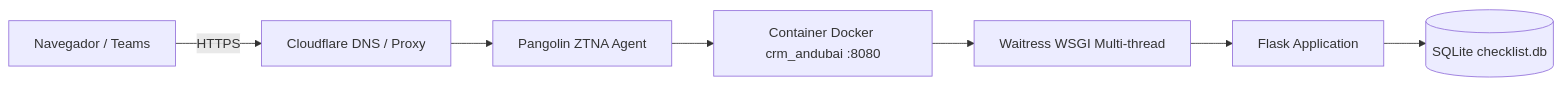
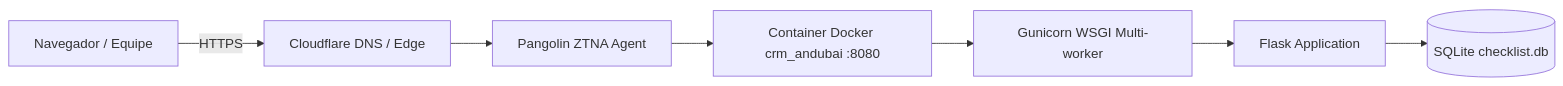
Before and after one commit to buhlerr/crm_andubai: the diagram in ESTRUTURA.md, drawn with Mermaid. The commit also changed other lines of this file and 2 other files, not shown here.

````diff
--- a/ESTRUTURA.md
+++ b/ESTRUTURA.md
@@ -134,9 +154,9 @@
 ```mermaid
 graph LR
-    User[Navegador / Teams] -->|HTTPS| Cloudflare[Cloudflare DNS / Proxy]
+    User[Navegador / Equipe] -->|HTTPS| Cloudflare[Cloudflare DNS / Edge]
     Cloudflare --> Pangolin[Pangolin ZTNA Agent]
     Pangolin --> Docker[Container Docker crm_andubai :8080]
-    Docker --> Waitress[Waitress WSGI Multi-thread]
-    Waitress --> Flask[Flask Application]
+    Docker --> Gunicorn[Gunicorn WSGI Multi-worker]
+    Gunicorn --> Flask[Flask Application]
     Flask --> SQLite[(SQLite checklist.db)]
 ```
````
